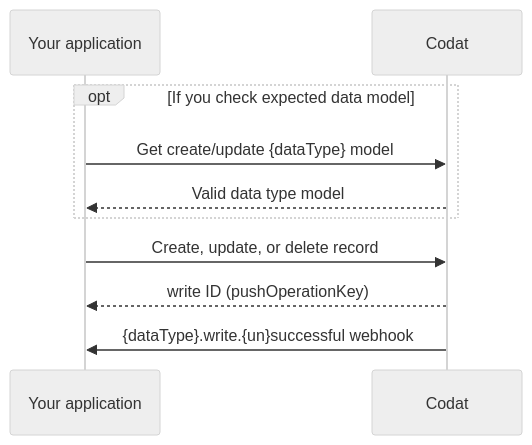
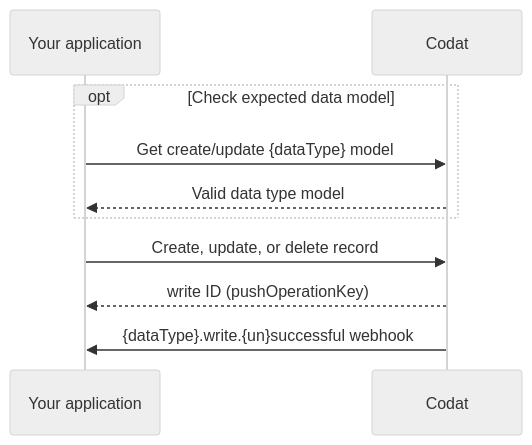
The first of 2 diagrams in docs/using-the-api/push.md (codatio/codat-docs), drawn with Mermaid (neutral theme) before and after one commit. The commit also changed other lines of this file and 1 other file, not shown here.

````diff
--- a/docs/using-the-api/push.md
+++ b/docs/using-the-api/push.md
@@ -60,15 +60,15 @@
 ```mermaid
 sequenceDiagram
     participant app as Your application 
     participant codat as Codat
     
-  opt If you check expected data model
+  opt Check expected data model
     app ->> codat: Get create/update {dataType} model
     codat -->> app: Valid data type model
   end
 
     app ->> codat: Create, update, or delete record
     codat -->> app: write ID (pushOperationKey)
 
     codat ->> app: {dataType}.write.{un}successful webhook
 ```
````
